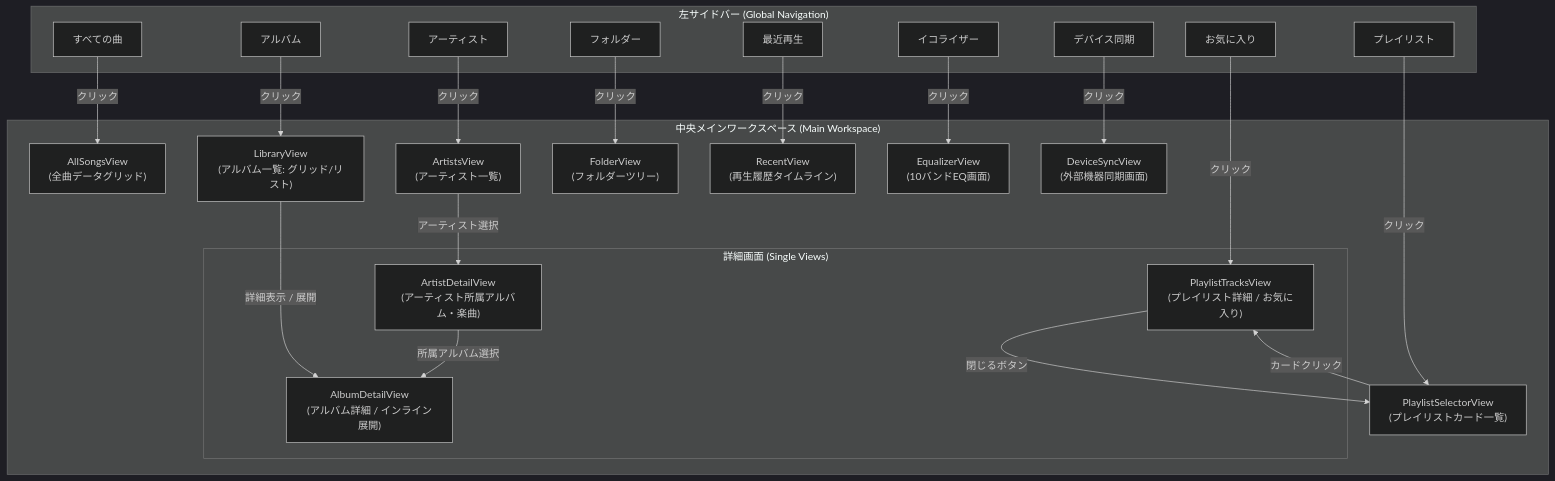
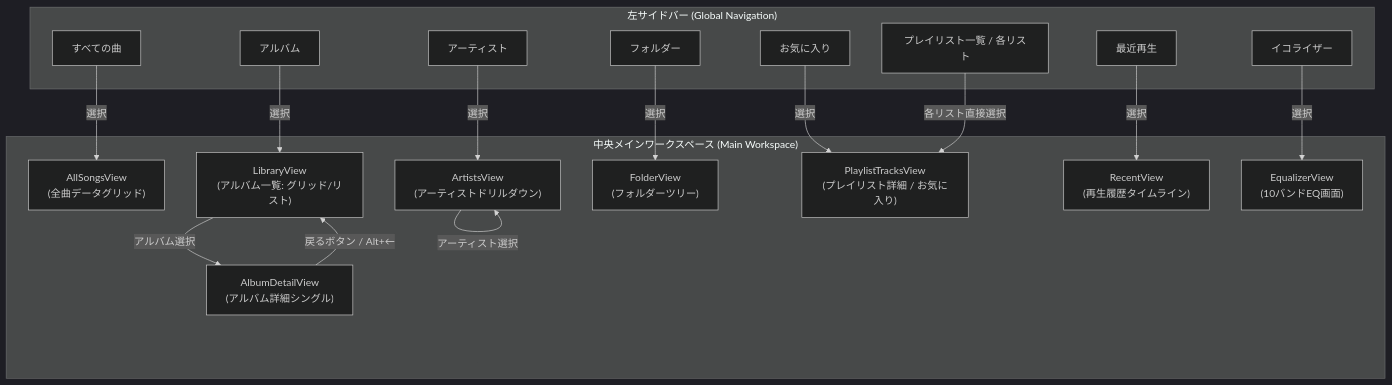
One commit to taketonnbo/Audio_Effector changed the first of 2 diagrams in 設計/画面設計/画面遷移・ナビゲーション設計書.md. Above: the diagram before and after it, drawn with Mermaid (dark theme). The commit also changed other lines of this file and 3 other files, not shown here.

````diff
--- a/設計/画面設計/画面遷移・ナビゲーション設計書.md
+++ b/設計/画面設計/画面遷移・ナビゲーション設計書.md
@@ -45,51 +86,40 @@
 ```mermaid
 flowchart TD
     subgraph GlobalNav["左サイドバー (Global Navigation)"]
         NavAllSongs["すべての曲"]
         NavAlbums["アルバム"]
         NavArtists["アーティスト"]
         NavFolders["フォルダー"]
         NavFavorites["お気に入り"]
-        NavPlaylists["プレイリスト"]
+        NavPlaylists["プレイリスト一覧 / 各リスト"]
         NavRecent["最近再生"]
         NavEQ["イコライザー"]
-        NavDevice["デバイス同期"]
     end
 
     subgraph Workspace["中央メインワークスペース (Main Workspace)"]
         ViewAllSongs["AllSongsView<br>(全曲データグリッド)"]
         ViewAlbums["LibraryView<br>(アルバム一覧: グリッド/リスト)"]
-        ViewArtists["ArtistsView<br>(アーティスト一覧)"]
+        ViewArtists["ArtistsView<br>(アーティストドリルダウン)"]
         ViewFolders["FolderView<br>(フォルダーツリー)"]
-        ViewPlaylists["PlaylistSelectorView<br>(プレイリストカード一覧)"]
+        ViewTracks["PlaylistTracksView<br>(プレイリスト詳細 / お気に入り)"]
+        ViewAlbumDetail["AlbumDetailView<br>(アルバム詳細シングル)"]
         ViewRecent["RecentView<br>(再生履歴タイムライン)"]
         ViewEQ["EqualizerView<br>(10バンドEQ画面)"]
-        ViewDevice["DeviceSyncView<br>(外部機器同期画面)"]
-
-        subgraph SingleViews["詳細画面 (Single Views)"]
-            ViewPlaylistTracks["PlaylistTracksView<br>(プレイリスト詳細 / お気に入り)"]
-            ViewAlbumDetail["AlbumDetailView<br>(アルバム詳細 / インライン展開)"]
-            ViewArtistDetail["ArtistDetailView<br>(アーティスト所属アルバム・楽曲)"]
-        end
     end
 
+    %% サイドバー選択
+    NavAllSongs -->|選択| ViewAllSongs
+    NavAlbums -->|選択| ViewAlbums
+    NavArtists -->|選択| ViewArtists
+    NavFolders -->|選択| ViewFolders
+    NavFavorites -->|選択| ViewTracks
+    NavPlaylists -->|各リスト直接選択| ViewTracks
+    NavRecent -->|選択| ViewRecent
+    NavEQ -->|選択| ViewEQ
 
-    %% サイドバーからの遷移
-    NavAllSongs -->|クリック| ViewAllSongs
-    NavAlbums -->|クリック| ViewAlbums
-    NavArtists -->|クリック| ViewArtists
-    NavFolders -->|クリック| ViewFolders
-    NavFavorites -->|クリック| ViewPlaylistTracks
-    NavPlaylists -->|クリック| ViewPlaylists
-    NavRecent -->|クリック| ViewRecent
-    NavEQ -->|クリック| ViewEQ
-    NavDevice -->|クリック| ViewDevice
+    %% モードレス・ドリルダウン
+    ViewAlbums -->|アルバム選択| ViewAlbumDetail
+    ViewAlbumDetail -->|戻るボタン / Alt+←| ViewAlbums
 
-    %% コレクションからシングルへのドリルダウン
-    ViewPlaylists -->|カードクリック| ViewPlaylistTracks
-    ViewPlaylistTracks -->|閉じるボタン| ViewPlaylists
-
-    ViewAlbums -->|詳細表示 / 展開| ViewAlbumDetail
-    ViewArtists -->|アーティスト選択| ViewArtistDetail
-    ViewArtistDetail -->|所属アルバム選択| ViewAlbumDetail
+    ViewArtists -->|アーティスト選択| ViewArtists
 ```
````
